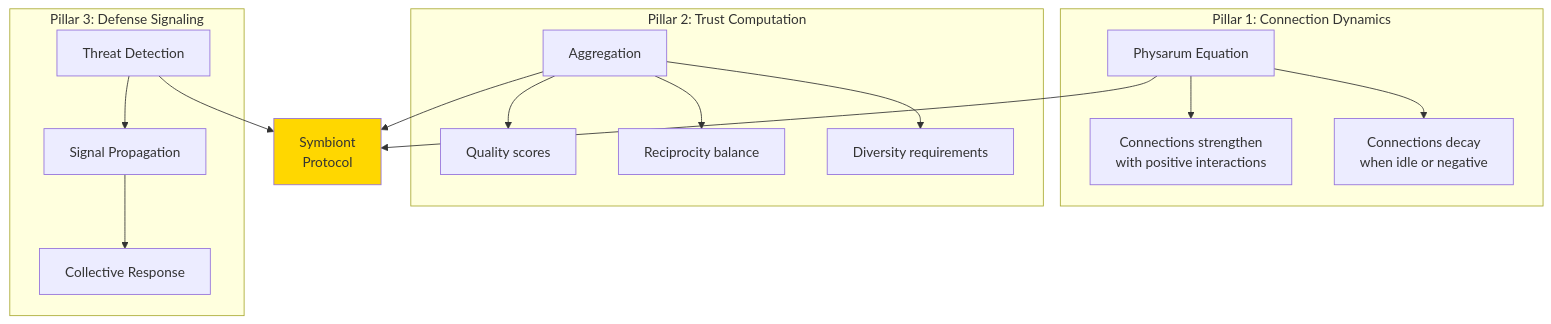
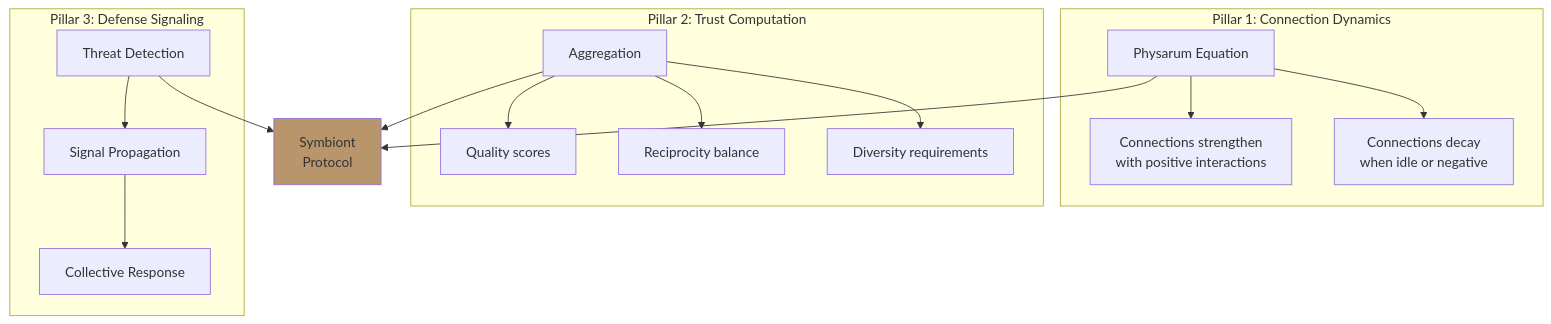
The third of 5 diagrams in docs/concepts/introduction.md (ScopeCreep-zip/Symbiont), drawn with Mermaid before and after one commit. The commit also changed other lines of this file and 17 other files, not shown here.

Commit message:
update to diagram colors

````diff
--- a/docs/concepts/introduction.md
+++ b/docs/concepts/introduction.md
@@ -128,34 +128,34 @@
 ```mermaid
 graph TB
     subgraph "Pillar 1: Connection Dynamics"
         CD1[Physarum Equation]
         CD2[Connections strengthen<br/>with positive interactions]
         CD3[Connections decay<br/>when idle or negative]
         CD1 --> CD2
         CD1 --> CD3
     end
 
     subgraph "Pillar 2: Trust Computation"
         TC1[Aggregation]
         TC2[Quality scores]
         TC3[Reciprocity balance]
         TC4[Diversity requirements]
         TC1 --> TC2
         TC1 --> TC3
         TC1 --> TC4
     end
 
     subgraph "Pillar 3: Defense Signaling"
         DS1[Threat Detection]
         DS2[Signal Propagation]
         DS3[Collective Response]
         DS1 --> DS2
         DS2 --> DS3
     end
 
     CD1 --> CORE[Symbiont<br/>Protocol]
     TC1 --> CORE
     DS1 --> CORE
 
-    style CORE fill:#FFD700
+    style CORE fill:#b8956b
 ```
````
